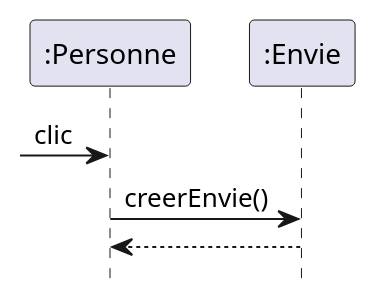
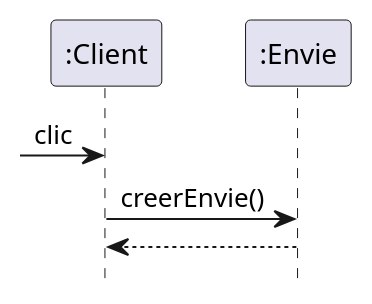
One commit to DenisGuiraudet/MIASHS_UML_PTUT changed the diagram in DOC/UML/Sequence/diagSequenceEnvie.plantuml. Above: the diagram before and after it, drawn with PlantUML. The commit also changed 13 other files, not shown here.

```diff
--- a/DOC/UML/Sequence/diagSequenceEnvie.plantuml
+++ b/DOC/UML/Sequence/diagSequenceEnvie.plantuml
@@ -2,12 +2,12 @@
 @startuml
 
 hide footbox
 
-participant ":Personne" As Per
+participant ":Client" As C
 participant ":Envie" As E
 
-[-> Per : clic
-Per -> E : creerEnvie()
-E --> Per :
+[-> C : clic
+C -> E : creerEnvie()
+E --> C :
 
 @enduml
```
